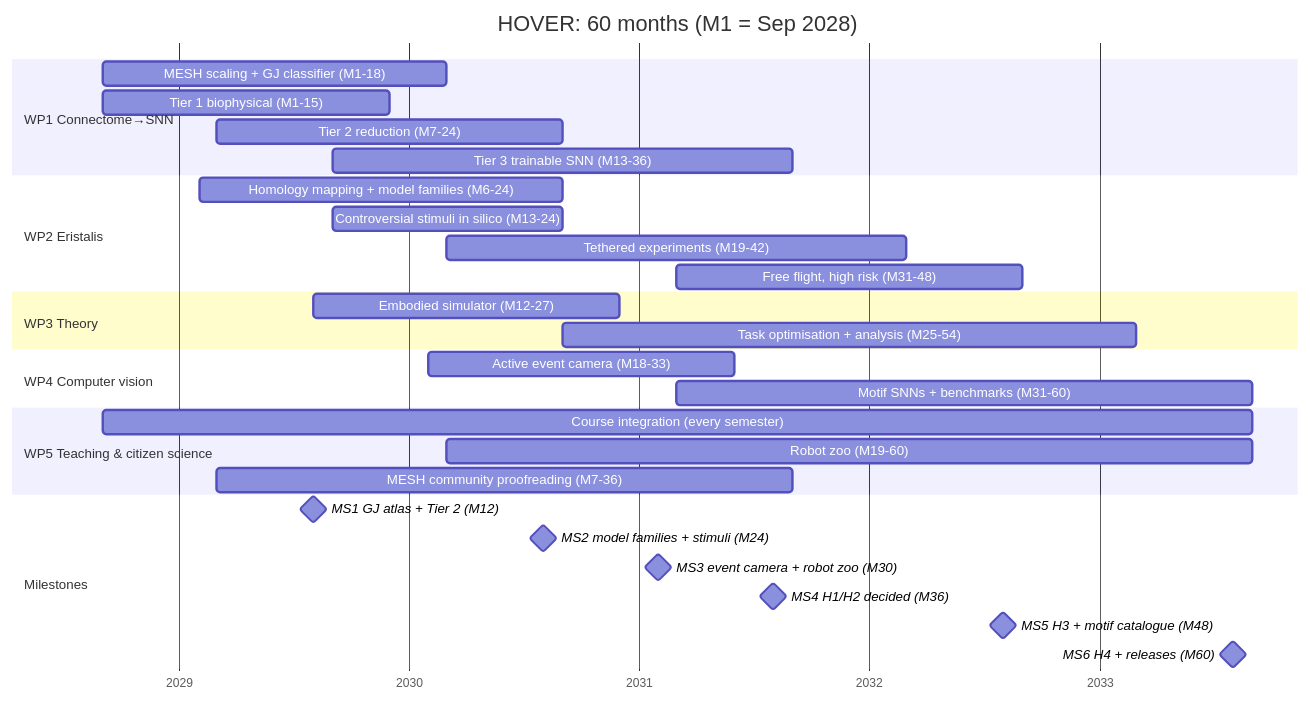
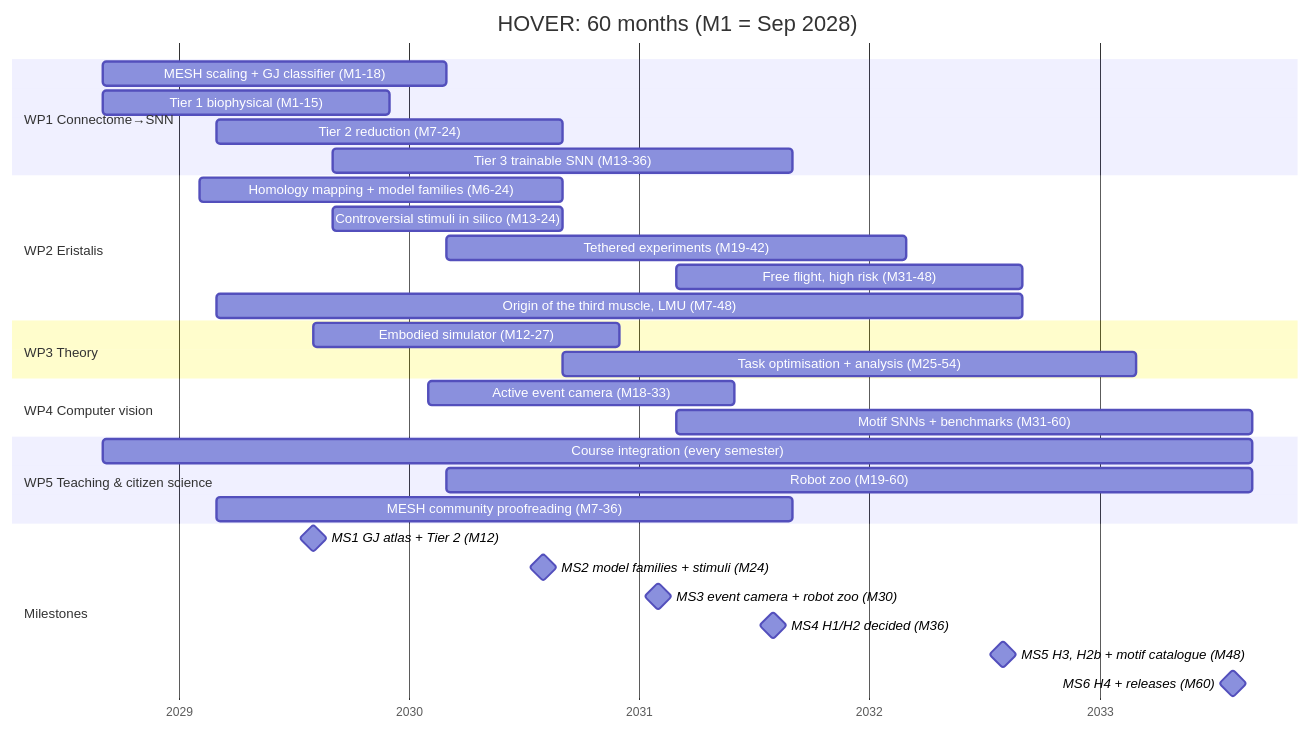
The diagram in proposal/gantt.md (ETigerschuss/erc-cog-hover), drawn with Mermaid before and after one commit. The commit also changed 13 other files, not shown here.

First line of the commit message:
Add MPI-BI and LMU partners and the origin of the third muscle

````diff
--- a/proposal/gantt.md
+++ b/proposal/gantt.md
@@ -6,33 +6,34 @@
 ```mermaid
 gantt
     dateFormat  YYYY-MM
     axisFormat  %Y
     title HOVER: 60 months (M1 = Sep 2028)
     section WP1 Connectome→SNN
     MESH scaling + GJ classifier (M1-18)      :w11, 2028-09, 18M
     Tier 1 biophysical (M1-15)                :w12, 2028-09, 15M
     Tier 2 reduction (M7-24)                  :w13, 2029-03, 18M
     Tier 3 trainable SNN (M13-36)             :w14, 2029-09, 24M
     section WP2 Eristalis
     Homology mapping + model families (M6-24) :w21, 2029-02, 19M
     Controversial stimuli in silico (M13-24)  :w22, 2029-09, 12M
     Tethered experiments (M19-42)             :w23, 2030-03, 24M
     Free flight, high risk (M31-48)           :w24, 2031-03, 18M
+    Origin of the third muscle, LMU (M7-48)   :w25, 2029-03, 42M
     section WP3 Theory
     Embodied simulator (M12-27)               :w31, 2029-08, 16M
     Task optimisation + analysis (M25-54)     :w32, 2030-09, 30M
     section WP4 Computer vision
     Active event camera (M18-33)              :w41, 2030-02, 16M
     Motif SNNs + benchmarks (M31-60)          :w42, 2031-03, 30M
     section WP5 Teaching & citizen science
     Course integration (every semester)       :w51, 2028-09, 60M
     Robot zoo (M19-60)                        :w52, 2030-03, 42M
     MESH community proofreading (M7-36)       :w53, 2029-03, 30M
     section Milestones
     MS1 GJ atlas + Tier 2 (M12)               :milestone, 2029-08, 0d
     MS2 model families + stimuli (M24)        :milestone, 2030-08, 0d
     MS3 event camera + robot zoo (M30)        :milestone, 2031-02, 0d
     MS4 H1/H2 decided (M36)                   :milestone, 2031-08, 0d
-    MS5 H3 + motif catalogue (M48)            :milestone, 2032-08, 0d
+    MS5 H3, H2b + motif catalogue (M48)       :milestone, 2032-08, 0d
     MS6 H4 + releases (M60)                   :milestone, 2033-08, 0d
 ```
````
